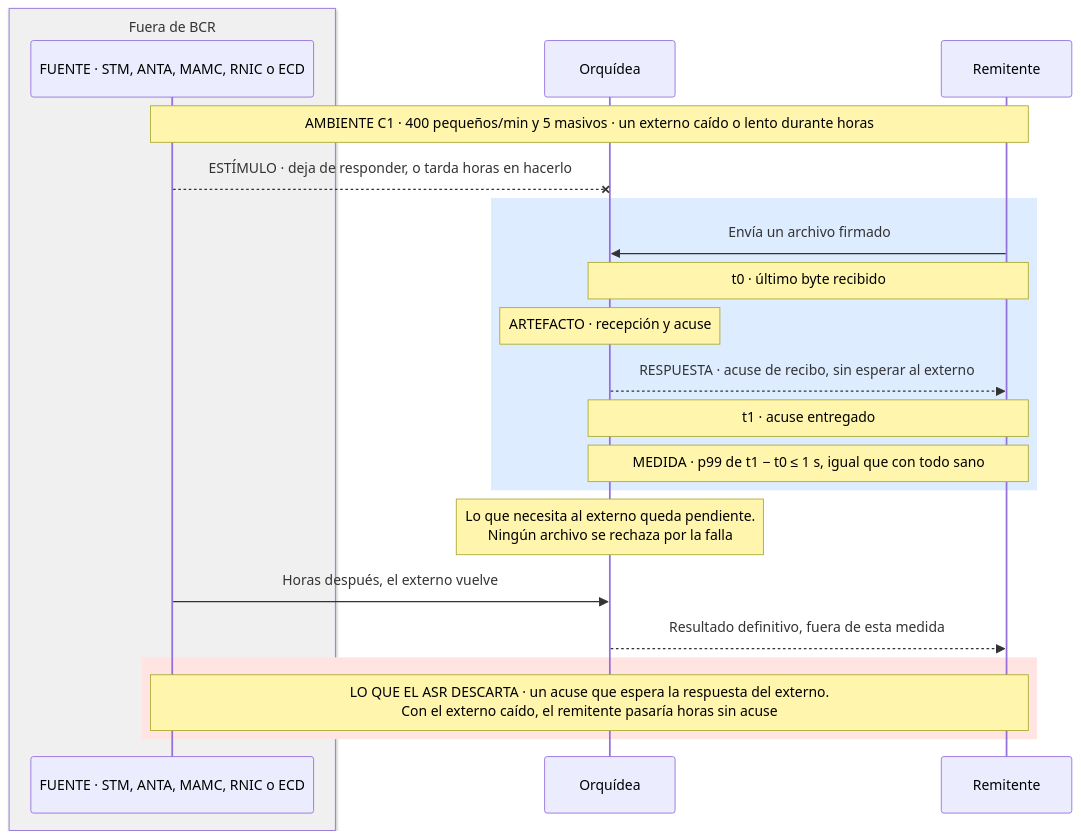
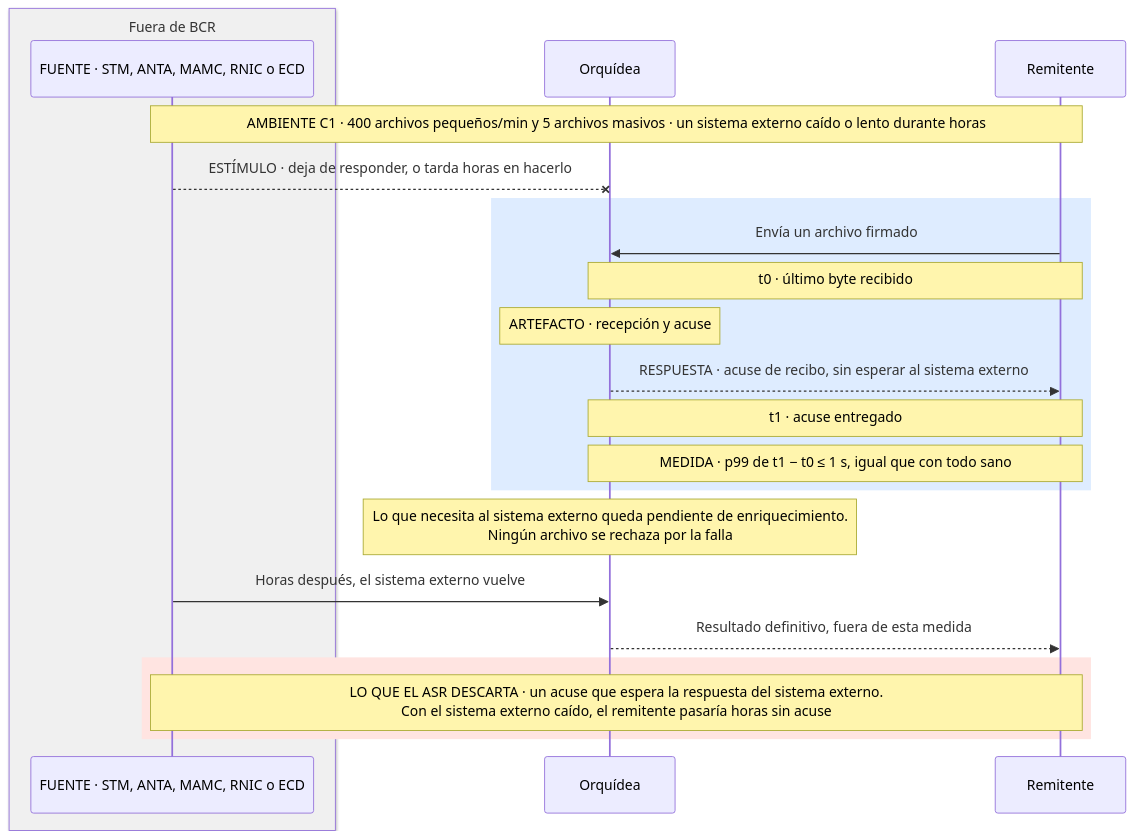
Before and after one commit to MATI-MBIT/arqsoft-reto-4: the second of 17 diagrams in docs/quality-attributes.md, drawn with Mermaid. The commit also changed other lines of this file, not shown here.

Commit message:
Ajusta la terminología de los ASR al vocabulario de arquitectura

````diff
--- a/docs/quality-attributes.md
+++ b/docs/quality-attributes.md
@@ -185,24 +185,24 @@
 ```mermaid
 sequenceDiagram
     box rgb(240,240,240) Fuera de BCR
     participant X as FUENTE · STM, ANTA, MAMC, RNIC o ECD
     end
     participant O as Orquídea
     participant R as Remitente
-    Note over X,R: AMBIENTE C1 · 400 pequeños/min y 5 masivos · un externo caído o lento durante horas
+    Note over X,R: AMBIENTE C1 · 400 archivos pequeños/min y 5 archivos masivos · un sistema externo caído o lento durante horas
     X--xO: ESTÍMULO · deja de responder, o tarda horas en hacerlo
     rect rgb(222, 236, 255)
     R->>O: Envía un archivo firmado
     Note over O,R: t0 · último byte recibido
     Note over O: ARTEFACTO · recepción y acuse
-    O-->>R: RESPUESTA · acuse de recibo, sin esperar al externo
+    O-->>R: RESPUESTA · acuse de recibo, sin esperar al sistema externo
     Note over O,R: t1 · acuse entregado
     Note over O,R: MEDIDA · p99 de t1 − t0 ≤ 1 s, igual que con todo sano
     end
-    Note over O: Lo que necesita al externo queda pendiente.<br/>Ningún archivo se rechaza por la falla
-    X->>O: Horas después, el externo vuelve
+    Note over O: Lo que necesita al sistema externo queda pendiente de enriquecimiento.<br/>Ningún archivo se rechaza por la falla
+    X->>O: Horas después, el sistema externo vuelve
     O-->>R: Resultado definitivo, fuera de esta medida
     rect rgb(255, 228, 225)
-    Note over X,R: LO QUE EL ASR DESCARTA · un acuse que espera la respuesta del externo.<br/>Con el externo caído, el remitente pasaría horas sin acuse
+    Note over X,R: LO QUE EL ASR DESCARTA · un acuse que espera la respuesta del sistema externo.<br/>Con el sistema externo caído, el remitente pasaría horas sin acuse
     end
 ```
````
